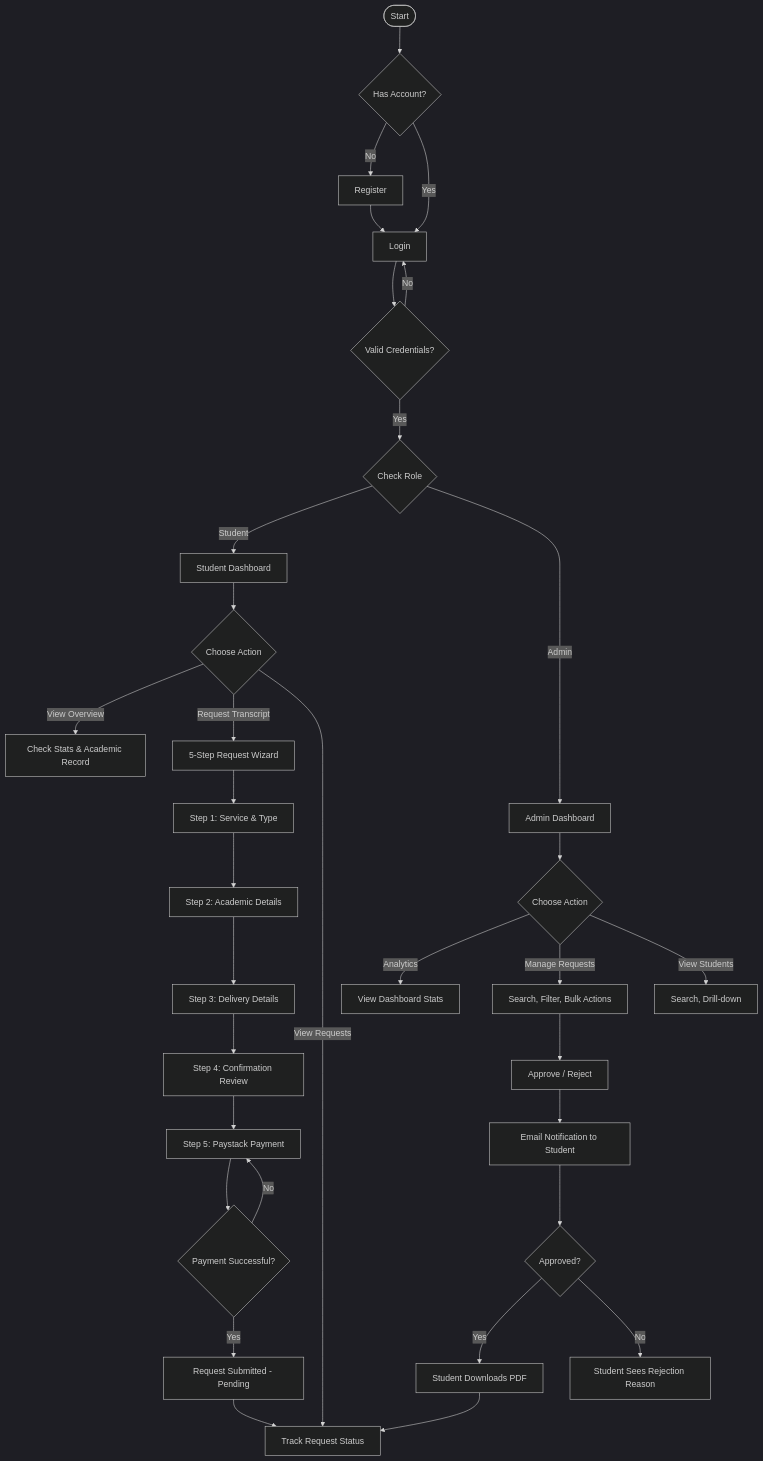
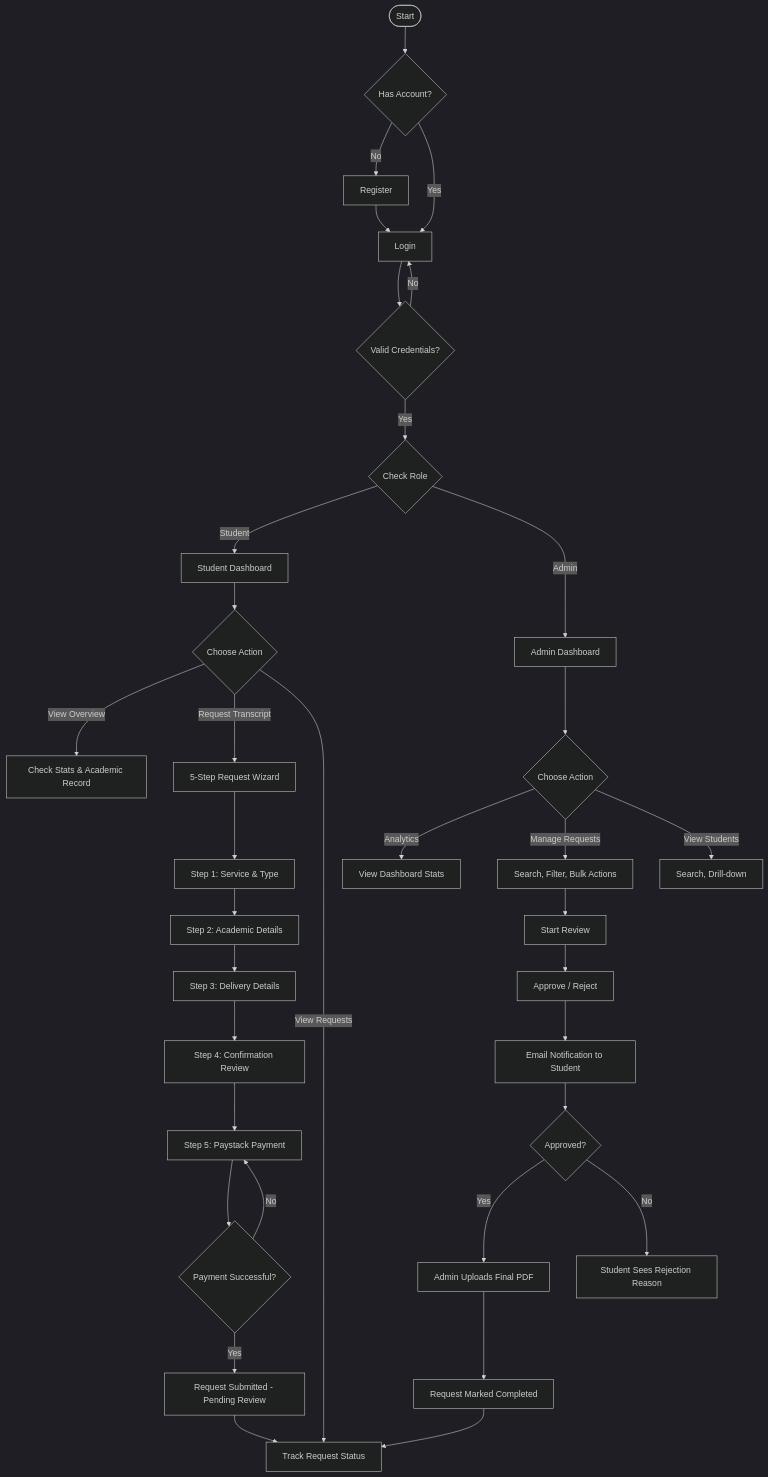
One commit to Samueladjei1945/USTED-transcript changed the first of 11 diagrams in DOCUMENTATION.md. Above: the diagram before and after it, drawn with Mermaid (dark theme). The commit also changed other lines of this file and 7 other files, not shown here.

````diff
--- a/DOCUMENTATION.md
+++ b/DOCUMENTATION.md
@@ -88,40 +88,42 @@
 ```mermaid
 flowchart TD
     A([Start]) --> B{Has Account?}
     B -->|No| C[Register]
     C --> D[Login]
     B -->|Yes| D
     D --> E{Valid Credentials?}
     E -->|No| D
     E -->|Yes| F{Check Role}
     F -->|Student| G[Student Dashboard]
     F -->|Admin| H[Admin Dashboard]
     
     G --> I{Choose Action}
     I -->|View Overview| J[Check Stats & Academic Record]
     I -->|Request Transcript| K[5-Step Request Wizard]
     I -->|View Requests| L[Track Request Status]
     
     K --> M[Step 1: Service & Type]
     M --> N[Step 2: Academic Details]
     N --> O[Step 3: Delivery Details]
     O --> P[Step 4: Confirmation Review]
     P --> Q[Step 5: Paystack Payment]
     Q --> R{Payment Successful?}
     R -->|No| Q
-    R -->|Yes| S[Request Submitted - Pending]
+    R -->|Yes| S[Request Submitted - Pending Review]
     S --> L
     
     H --> T{Choose Action}
     T -->|Analytics| U[View Dashboard Stats]
     T -->|Manage Requests| V[Search, Filter, Bulk Actions]
     T -->|View Students| W[Search, Drill-down]
     
-    V --> X[Approve / Reject]
-    X --> Y[Email Notification to Student]
-    Y --> Z{Approved?}
-    Z -->|Yes| AA[Student Downloads PDF]
-    Z -->|No| AB[Student Sees Rejection Reason]
+    V --> X[Start Review]
+    X --> Y[Approve / Reject]
+    Y --> Z[Email Notification to Student]
+    Z --> AC{Approved?}
+    AC -->|Yes| AD[Admin Uploads Final PDF]
+    AD --> AA[Request Marked Completed]
+    AC -->|No| AB[Student Sees Rejection Reason]
     
     AA --> L
 ```
````
